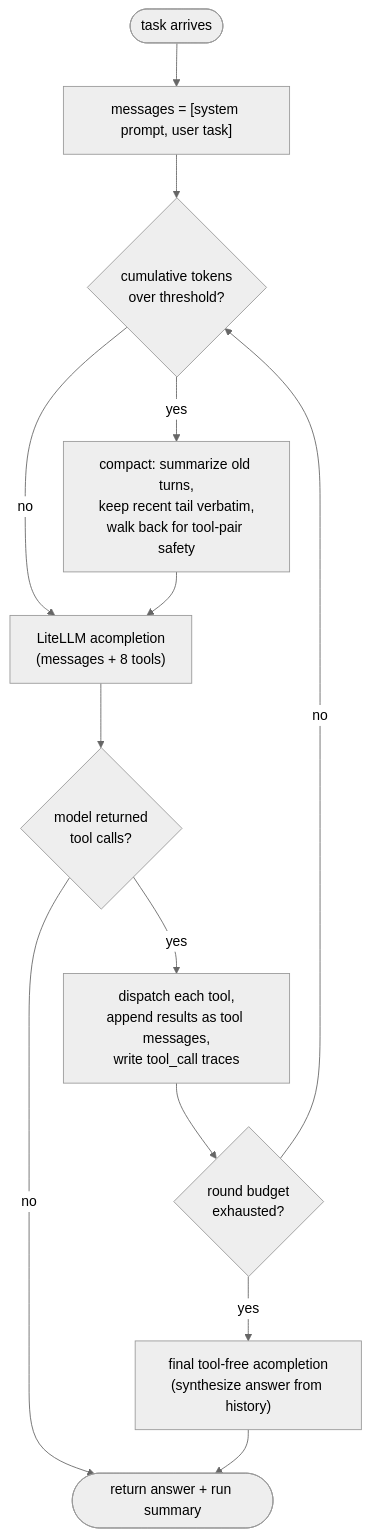
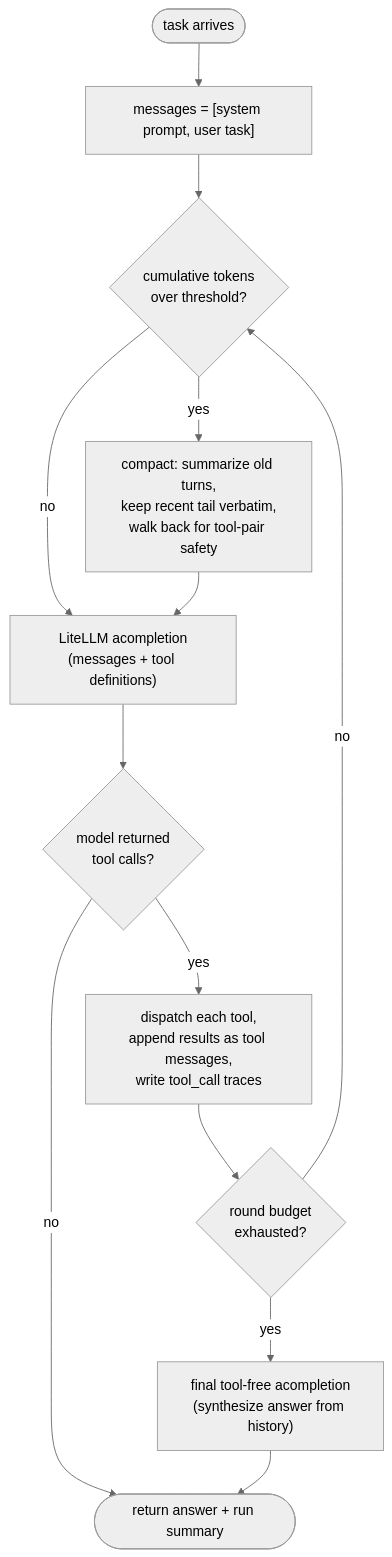
One commit to 11oyduhh/StockNewsAgent changed the third of 5 diagrams in ARCHITECTURE.md. Above: the diagram before and after it, drawn with Mermaid (neutral theme). The commit also changed other lines of this file and 8 other files, not shown here.

````diff
--- a/ARCHITECTURE.md
+++ b/ARCHITECTURE.md
@@ -94,15 +94,15 @@
 ```mermaid
 flowchart TD
     START([task arrives]) --> SEED["messages = [system prompt, user task]"]
     SEED --> CHECK{"cumulative tokens<br/>over threshold?"}
     CHECK -->|yes| COMPACT["compact: summarize old turns,<br/>keep recent tail verbatim,<br/>walk back for tool-pair safety"]
     CHECK -->|no| CALL
-    COMPACT --> CALL["LiteLLM acompletion<br/>(messages + 8 tools)"]
+    COMPACT --> CALL["LiteLLM acompletion<br/>(messages + tool definitions)"]
     CALL --> TOOLS{"model returned<br/>tool calls?"}
     TOOLS -->|no| DONE([return answer + run summary])
     TOOLS -->|yes| DISPATCH["dispatch each tool,<br/>append results as tool messages,<br/>write tool_call traces"]
     DISPATCH --> CAP{"round budget<br/>exhausted?"}
     CAP -->|no| CHECK
     CAP -->|yes| SYNTH["final tool-free acompletion<br/>(synthesize answer from history)"]
     SYNTH --> DONE
 ```
````
